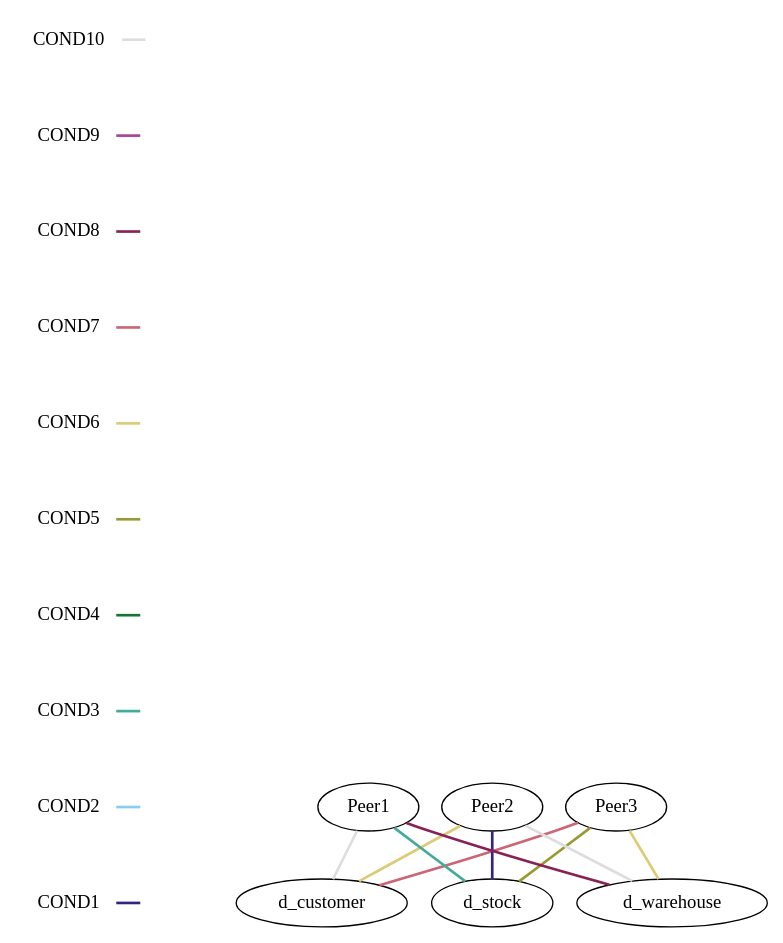
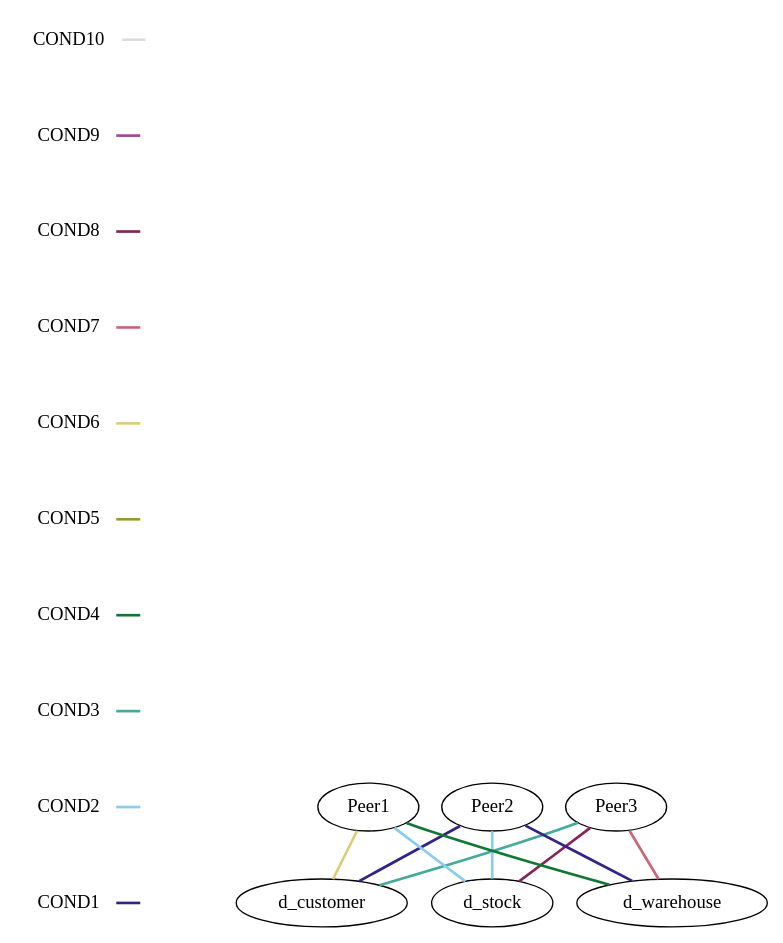
One commit to u109755b/docker-test changed the diagram in dejima_gRPC2/env_generator/TPCC_N3/src.dot. Above: the diagram before and after it, drawn with Graphviz. The commit also changed 14 other files, not shown here.

```diff
--- a/dejima_gRPC2/env_generator/TPCC_N3/src.dot
+++ b/dejima_gRPC2/env_generator/TPCC_N3/src.dot
@@ -1,89 +1,89 @@
 graph {
 	graph [rankdir=BT]
 	{
 		{
 			rank=same rankdir=LR
 			cond1 [label=COND1 shape=plaintext]
 			ph_cond1 [label="" shape=plaintext]
 			cond1 -- ph_cond1 [color="#332288" style=bold]
 		}
 		{
 			rank=same rankdir=LR
 			cond2 [label=COND2 shape=plaintext]
 			ph_cond2 [label="" shape=plaintext]
 			cond2 -- ph_cond2 [color="#88CCEE" style=bold]
 		}
 		{
 			rank=same rankdir=LR
 			cond3 [label=COND3 shape=plaintext]
 			ph_cond3 [label="" shape=plaintext]
 			cond3 -- ph_cond3 [color="#44AA99" style=bold]
 		}
 		{
 			rank=same rankdir=LR
 			cond4 [label=COND4 shape=plaintext]
 			ph_cond4 [label="" shape=plaintext]
 			cond4 -- ph_cond4 [color="#117733" style=bold]
 		}
 		{
 			rank=same rankdir=LR
 			cond5 [label=COND5 shape=plaintext]
 			ph_cond5 [label="" shape=plaintext]
 			cond5 -- ph_cond5 [color="#999933" style=bold]
 		}
 		{
 			rank=same rankdir=LR
 			cond6 [label=COND6 shape=plaintext]
 			ph_cond6 [label="" shape=plaintext]
 			cond6 -- ph_cond6 [color="#DDCC77" style=bold]
 		}
 		{
 			rank=same rankdir=LR
 			cond7 [label=COND7 shape=plaintext]
 			ph_cond7 [label="" shape=plaintext]
 			cond7 -- ph_cond7 [color="#CC6677" style=bold]
 		}
 		{
 			rank=same rankdir=LR
 			cond8 [label=COND8 shape=plaintext]
 			ph_cond8 [label="" shape=plaintext]
 			cond8 -- ph_cond8 [color="#882255" style=bold]
 		}
 		{
 			rank=same rankdir=LR
 			cond9 [label=COND9 shape=plaintext]
 			ph_cond9 [label="" shape=plaintext]
 			cond9 -- ph_cond9 [color="#AA4499" style=bold]
 		}
 		{
 			rank=same rankdir=LR
 			cond10 [label=COND10 shape=plaintext]
 			ph_cond10 [label="" shape=plaintext]
 			cond10 -- ph_cond10 [color="#DDDDDD" style=bold]
 		}
 		cond1 -- cond2 [style=invis]
 		cond2 -- cond3 [style=invis]
 		cond3 -- cond4 [style=invis]
 		cond4 -- cond5 [style=invis]
 		cond5 -- cond6 [style=invis]
 		cond6 -- cond7 [style=invis]
 		cond7 -- cond8 [style=invis]
 		cond8 -- cond9 [style=invis]
 		cond9 -- cond10 [style=invis]
 	}
 	Peer1
 	Peer2
 	Peer3
 	d_customer
-	d_customer -- Peer1 [color="#DDDDDD" style=bold]
-	d_customer -- Peer2 [color="#DDCC77" style=bold]
-	d_customer -- Peer3 [color="#CC6677" style=bold]
+	d_customer -- Peer1 [color="#DDCC77" style=bold]
+	d_customer -- Peer2 [color="#332288" style=bold]
+	d_customer -- Peer3 [color="#44AA99" style=bold]
 	d_stock
-	d_stock -- Peer1 [color="#44AA99" style=bold]
-	d_stock -- Peer2 [color="#332288" style=bold]
-	d_stock -- Peer3 [color="#999933" style=bold]
+	d_stock -- Peer1 [color="#88CCEE" style=bold]
+	d_stock -- Peer2 [color="#88CCEE" style=bold]
+	d_stock -- Peer3 [color="#882255" style=bold]
 	d_warehouse
-	d_warehouse -- Peer1 [color="#882255" style=bold]
-	d_warehouse -- Peer2 [color="#DDDDDD" style=bold]
-	d_warehouse -- Peer3 [color="#DDCC77" style=bold]
+	d_warehouse -- Peer1 [color="#117733" style=bold]
+	d_warehouse -- Peer2 [color="#332288" style=bold]
+	d_warehouse -- Peer3 [color="#CC6677" style=bold]
 }
```
